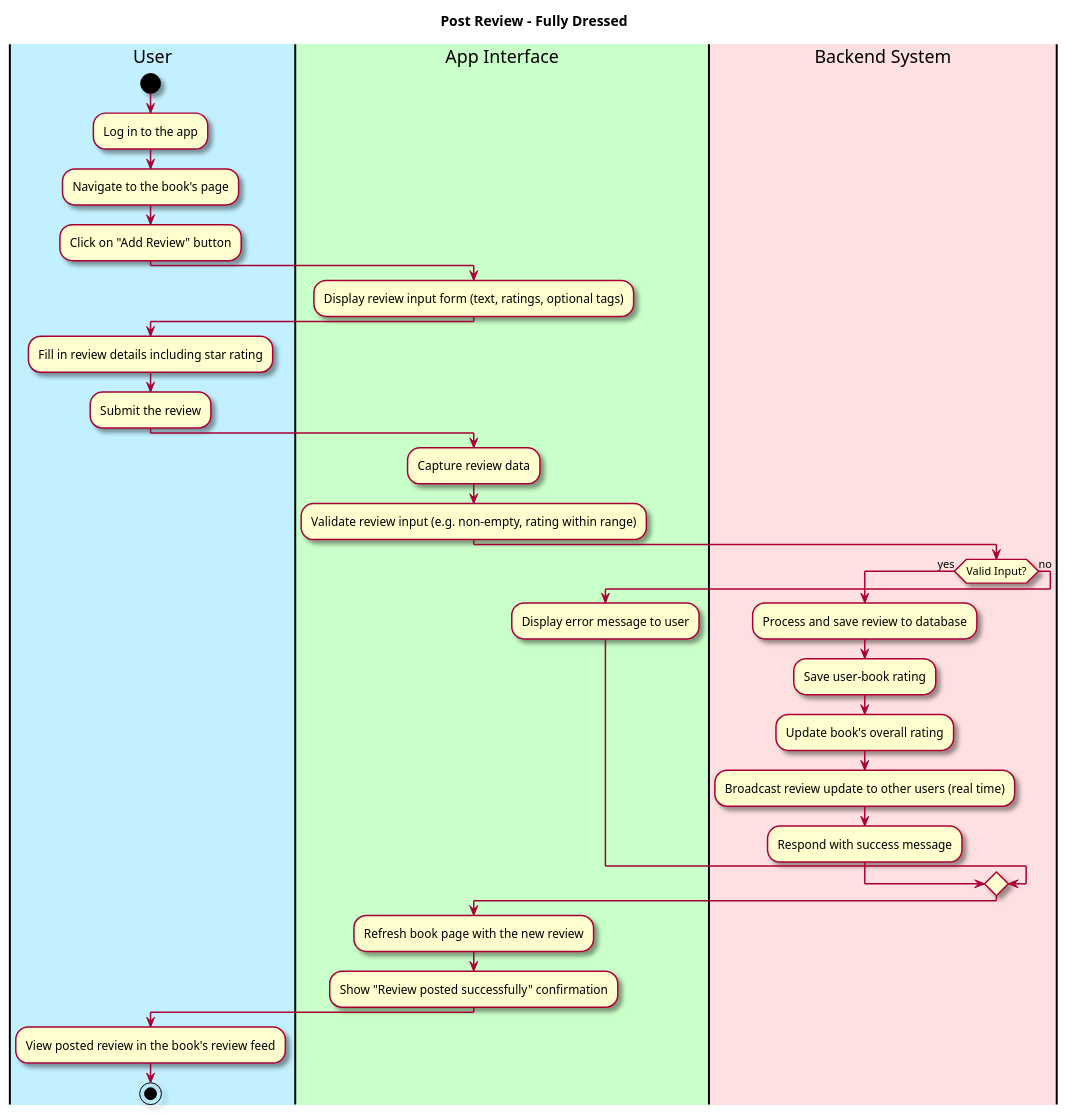
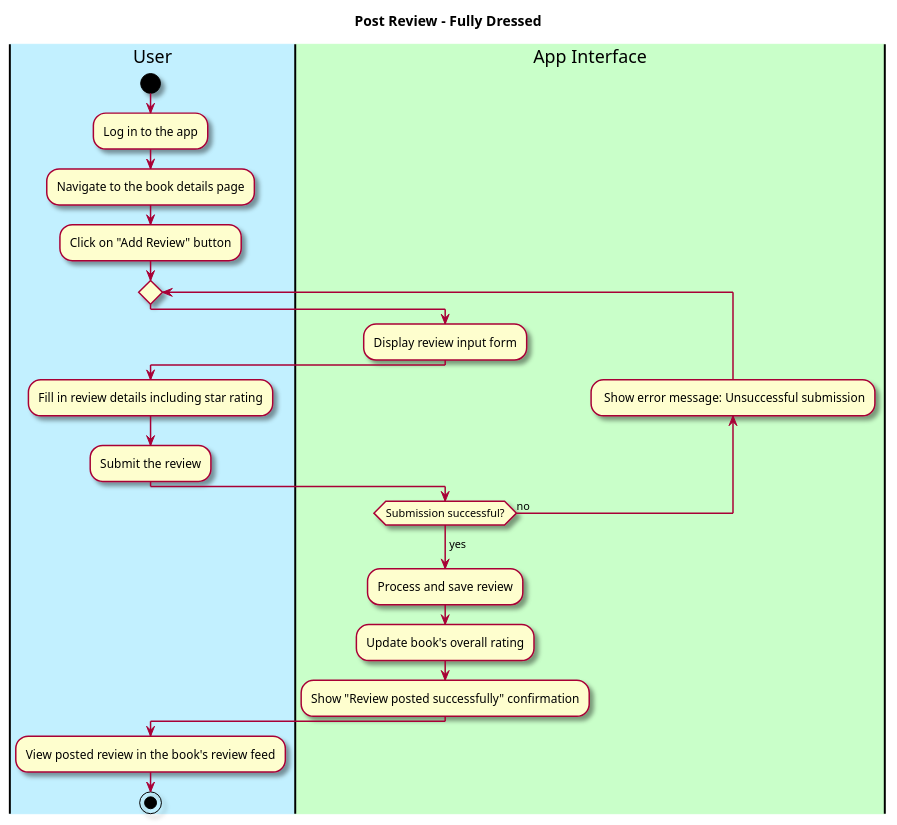
Before and after one commit to Khurshid03/team-2b: the diagram in intellij/doc/use-cases/post-review.md, drawn with PlantUML. The commit also changed 4 other files, not shown here.

Commit message:
Edited the use-case file, specifically workflow diagrams

````diff
--- a/intellij/doc/use-cases/post-review.md
+++ b/intellij/doc/use-cases/post-review.md
@@ -37,54 +37,40 @@
 ```plantuml
 @startuml
 
 skin rose
 
 title Post Review - Fully Dressed
 
 |#application|User|
 |#technology|App Interface|
-|#Implementation|Backend System|
+
 
 |User|
 start
 :Log in to the app;
-:Navigate to the book's page;
+:Navigate to the book details page;
 :Click on "Add Review" button;
-
+repeat
 |App Interface|
-:Display review input form (text, ratings, optional tags);
+:Display review input form;
 
 |User|
 :Fill in review details including star rating;
 :Submit the review;
 
 |App Interface|
-:Capture review data;
-:Validate review input (e.g. non-empty, rating within range);
 
-|Backend System|
-if (Valid Input?) then (yes)
-  :Process and save review to database;
-  :Save user-book rating;
+backward: Show error message: Unsuccessful submission;
+repeat while (Submission successful?) is (no)
+-> yes;
+  :Process and save review;
   :Update book's overall rating;
-  :Broadcast review update to other users (real time);
-  :Respond with success message;
-  
-else (no)
-  |App Interface|
-  :Display error message to user;
-
-endif
-
-|App Interface|
-:Refresh book page with the new review;
-:Show "Review posted successfully" confirmation;
-
+  :Show "Review posted successfully" confirmation;
 
 |User|
 :View posted review in the book's review feed;
 stop
 
 
 @enduml
 ```
````
